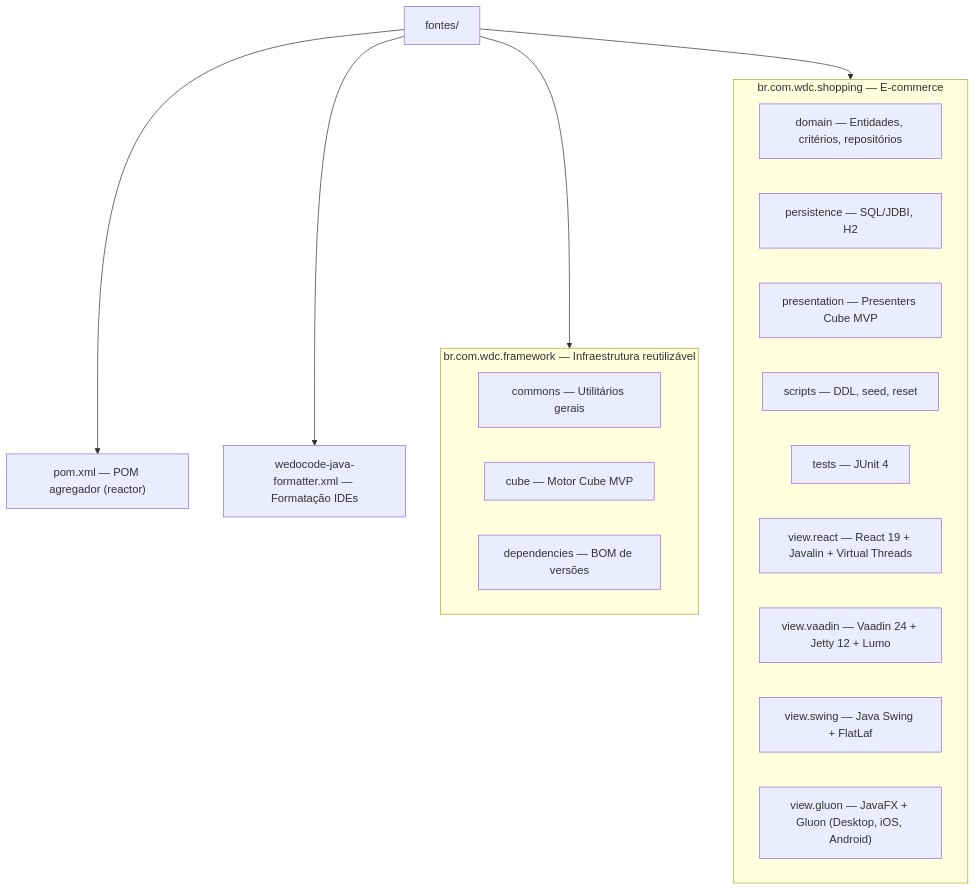
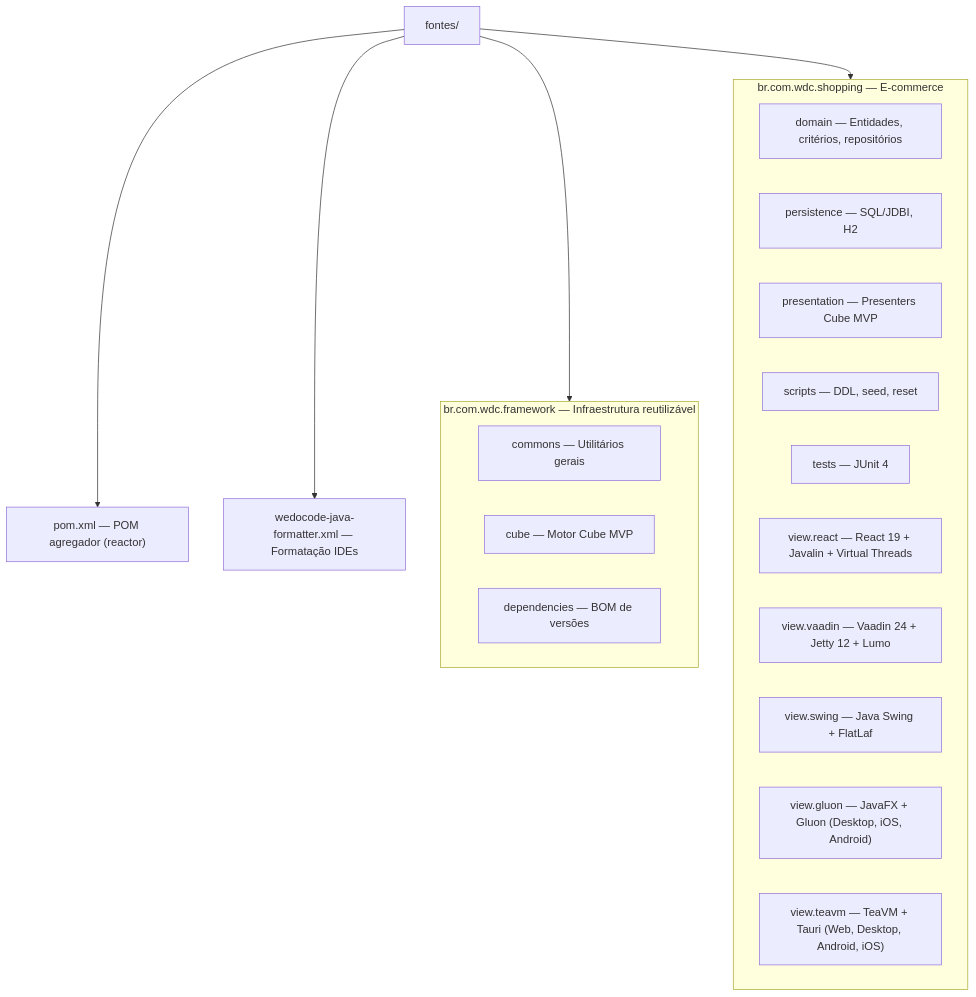
The diagram in fontes/README.md (mrcdom/wdc-cube-java-v2), drawn with Mermaid before and after one commit. The commit also changed other lines of this file and 3 other files, not shown here.

Commit message:
docs: incluir view.teavm nos READMEs que listam tecnologias de frontend

````diff
--- a/fontes/README.md
+++ b/fontes/README.md
@@ -9,29 +9,30 @@
 ```mermaid
 graph TD
     fontes["fontes/"]
     pom["pom.xml — POM agregador (reactor)"]
     formatter["wedocode-java-formatter.xml — Formatação IDEs"]
 
     subgraph Framework["br.com.wdc.framework — Infraestrutura reutilizável"]
         fwCommons["commons — Utilitários gerais"]
         fwCube["cube — Motor Cube MVP"]
         fwDeps["dependencies — BOM de versões"]
     end
 
     subgraph Shopping["br.com.wdc.shopping — E-commerce"]
         domain["domain — Entidades, critérios, repositórios"]
         persistence["persistence — SQL/JDBI, H2"]
         presentation["presentation — Presenters Cube MVP"]
         scripts["scripts — DDL, seed, reset"]
         tests["tests — JUnit 4"]
         viewReact["view.react — React 19 + Javalin + Virtual Threads"]
         viewVaadin["view.vaadin — Vaadin 24 + Jetty 12 + Lumo"]
         viewSwing["view.swing — Java Swing + FlatLaf"]
         viewGluon["view.gluon — JavaFX + Gluon (Desktop, iOS, Android)"]
+        viewTeavm["view.teavm — TeaVM + Tauri (Web, Desktop, Android, iOS)"]
     end
 
     fontes --> pom
     fontes --> formatter
     fontes --> Framework
     fontes --> Shopping
 ```
````
